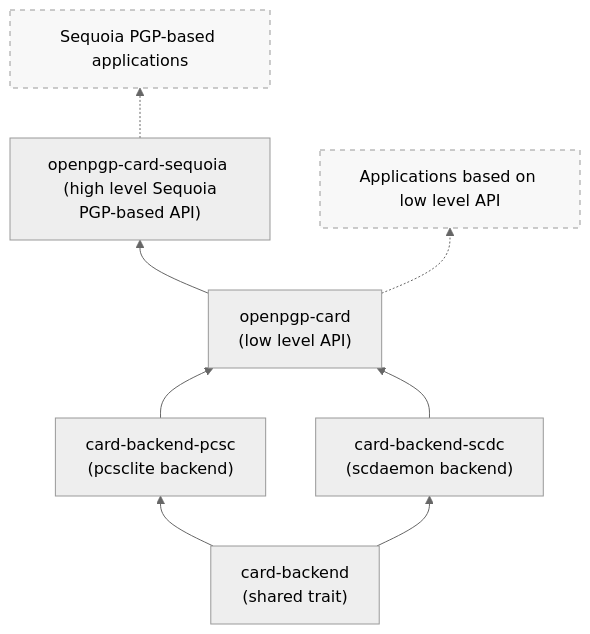
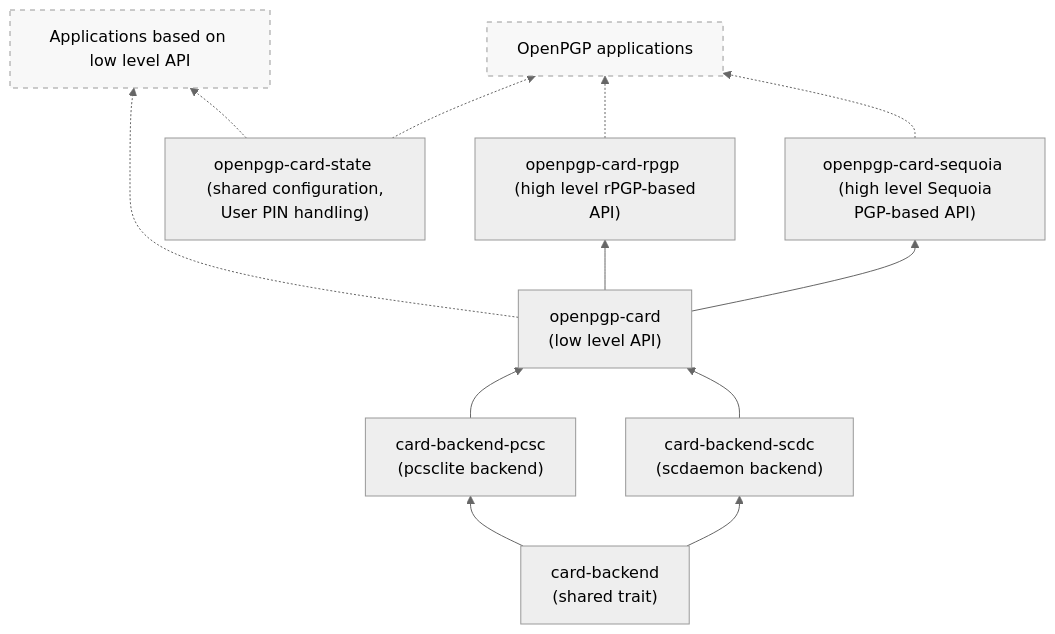
Before and after one commit to tsprlng/useful-pgp-agent: the diagram in README.md, drawn with Mermaid (neutral theme). The commit also changed other lines of this file, not shown here.

````diff
--- a/README.md
+++ b/README.md
@@ -34,13 +27,21 @@
 ```mermaid
 graph BT
     CB["card-backend <br/> (shared trait)"] --> OP
     CB --> OS
     OP["card-backend-pcsc <br/> (pcsclite backend)"] --> OC
     OS["card-backend-scdc <br/> (scdaemon backend)"] --> OC["openpgp-card <br/> (low level API)"]
+
+    OC -.-> APPLOW[Applications based on low level API]
+
+    OCSTATE["openpgp-card-state <br/> (shared configuration, User PIN handling)"] -.-> APP
+    OCSTATE -.-> APPLOW
+
+    OC --> OCR["openpgp-card-rpgp <br/> (high level rPGP-based API)"]
     OC --> OCS["openpgp-card-sequoia <br/> (high level Sequoia PGP-based API)"]
-    OC -.-> U1[Applications based on low level API]
-    OCS -.-> U2[Sequoia PGP-based applications]
+
+    OCR -.-> APP[OpenPGP applications]
+    OCS -.-> APP
 
 classDef userApp fill:#f8f8f8,stroke-dasharray: 5 5;
-class U1,U2 userApp;
+class APP,APPLOW userApp;
 ```
````
